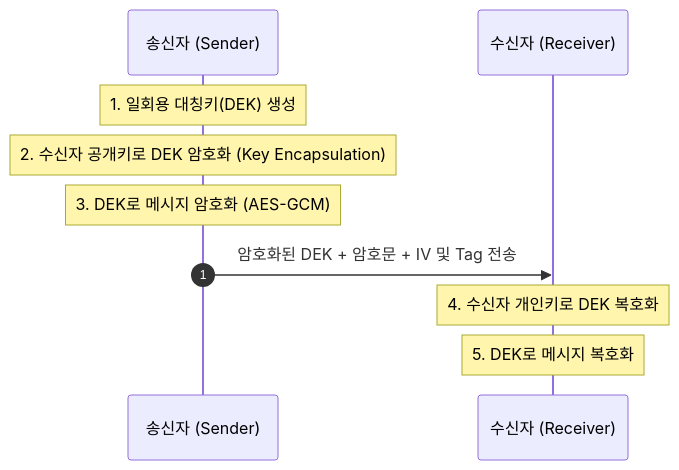
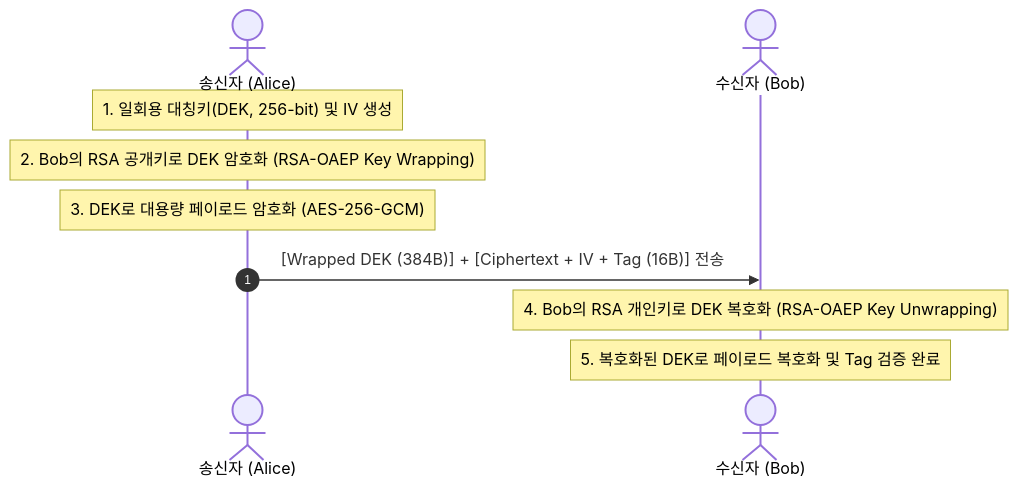
The diagram in docs/ko/01-classical-hybrid/index.md (auking45/applied-pqc-lab), drawn with Mermaid before and after one commit. The commit also changed other lines of this file and 20 other files, not shown here.

````diff
--- a/docs/ko/01-classical-hybrid/index.md
+++ b/docs/ko/01-classical-hybrid/index.md
@@ -6,13 +6,13 @@
 ```mermaid
 sequenceDiagram
     autonumber
-    participant Sender as 송신자 (Sender)
-    participant Receiver as 수신자 (Receiver)
+    actor Sender as 송신자 (Alice)
+    actor Receiver as 수신자 (Bob)
 
-    Note over Sender: 1. 일회용 대칭키(DEK) 생성
-    Note over Sender: 2. 수신자 공개키로 DEK 암호화 (Key Encapsulation)
-    Note over Sender: 3. DEK로 메시지 암호화 (AES-GCM)
-    Sender->>Receiver: 암호화된 DEK + 암호문 + IV 및 Tag 전송
-    Note over Receiver: 4. 수신자 개인키로 DEK 복호화
-    Note over Receiver: 5. DEK로 메시지 복호화
+    Note over Sender: 1. 일회용 대칭키(DEK, 256-bit) 및 IV 생성
+    Note over Sender: 2. Bob의 RSA 공개키로 DEK 암호화 (RSA-OAEP Key Wrapping)
+    Note over Sender: 3. DEK로 대용량 페이로드 암호화 (AES-256-GCM)
+    Sender->>Receiver: [Wrapped DEK (384B)] + [Ciphertext + IV + Tag (16B)] 전송
+    Note over Receiver: 4. Bob의 RSA 개인키로 DEK 복호화 (RSA-OAEP Key Unwrapping)
+    Note over Receiver: 5. 복호화된 DEK로 페이로드 복호화 및 Tag 검증 완료
 ```
````
